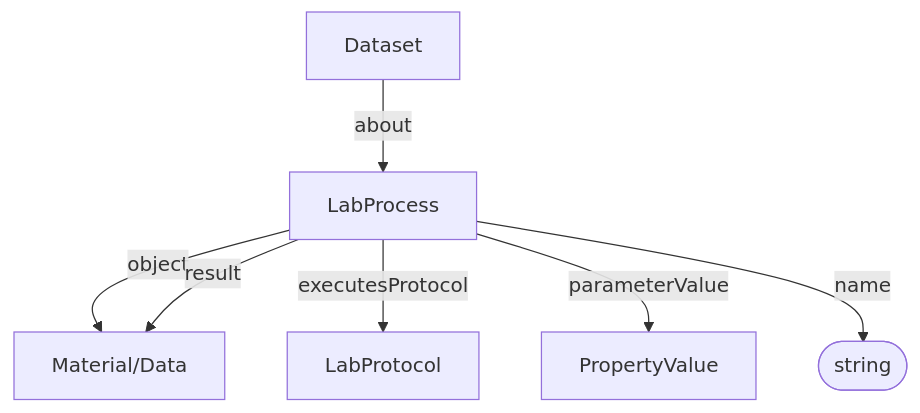
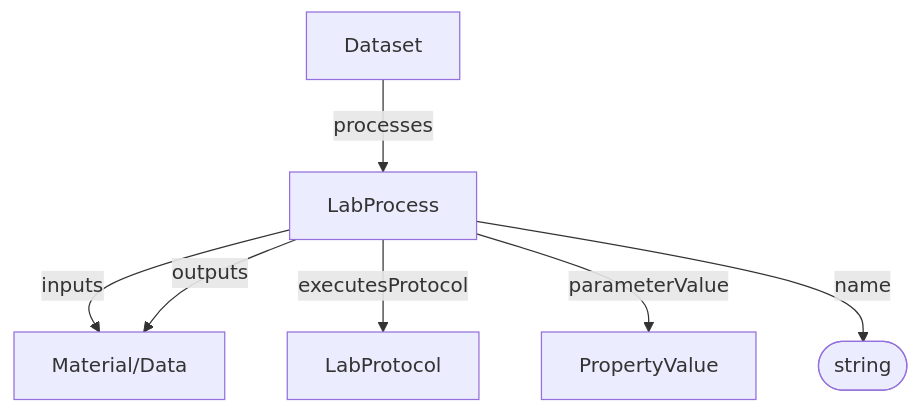
One commit to HLWeil/ProcessCore changed the first of 2 diagrams in spec/core/LabProcess.md. Above: the diagram before and after it, drawn with Mermaid. The commit also changed other lines of this file and 9 other files, not shown here.

````diff
--- a/spec/core/LabProcess.md
+++ b/spec/core/LabProcess.md
@@ -26,12 +26,12 @@
 ```mermaid
 flowchart TD
 
     na@{ shape: stadium, label: "string" }
 
-    Dataset --about--> LabProcess
-    LabProcess --"object"--> Material/Data
-    LabProcess --result--> Material/Data
+    Dataset --processes--> LabProcess
+    LabProcess --inputs--> Material/Data
+    LabProcess --"outputs"--> Material/Data
     LabProcess --executesProtocol--> LabProtocol
     LabProcess --parameterValue--> PropertyValue
     LabProcess --name--> na
 ```
````
